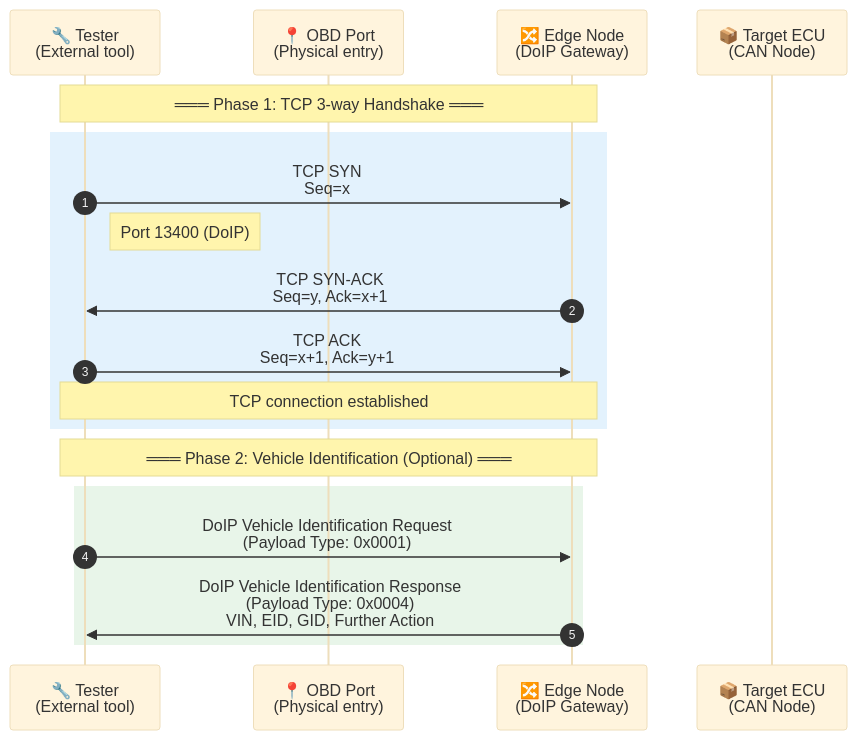
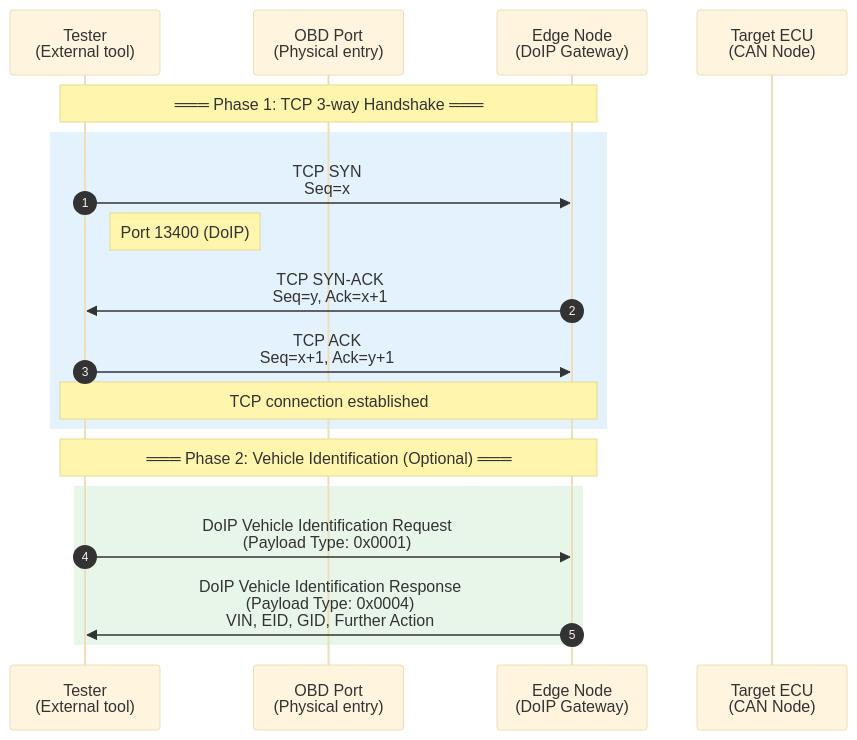
The third of 10 diagrams in docs/03_Software_Architecture/DoIP_Routing_Strategy.en.md (michaellinhq/automotive-develop-architecture), drawn with Mermaid (base theme) before and after one commit. The commit also changed other lines of this file and 7 other files, not shown here.

Commit message:
Harden Mermaid syntax in English docs

````diff
--- a/docs/03_Software_Architecture/DoIP_Routing_Strategy.en.md
+++ b/docs/03_Software_Architecture/DoIP_Routing_Strategy.en.md
@@ -112,28 +112,28 @@
 ```mermaid
 sequenceDiagram
     autonumber
-    participant Tester as 🔧 Tester<br/>(External tool)
-    participant OBD as 📍 OBD Port<br/>(Physical entry)
-    participant Edge as 🔀 Edge Node<br/>(DoIP Gateway)
-    participant Target as 📦 Target ECU<br/>(CAN Node)
+    participant Tester as  Tester<br/>(External tool)
+    participant OBD as  OBD Port<br/>(Physical entry)
+    participant Edge as  Edge Node<br/>(DoIP Gateway)
+    participant Target as  Target ECU<br/>(CAN Node)
 
     Note over Tester,Edge: ═══ Phase 1: TCP 3-way Handshake ═══
 
     rect rgb(227, 242, 253)
         Tester->>Edge: TCP SYN<br/>Seq=x
         Note right of Tester: Port 13400 (DoIP)
 
         Edge->>Tester: TCP SYN-ACK<br/>Seq=y, Ack=x+1
 
         Tester->>Edge: TCP ACK<br/>Seq=x+1, Ack=y+1
         Note over Tester,Edge: TCP connection established
     end
 
     Note over Tester,Edge: ═══ Phase 2: Vehicle Identification (Optional) ═══
 
     rect rgb(232, 245, 233)
         Tester->>Edge: DoIP Vehicle Identification Request<br/>(Payload Type: 0x0001)
 
         Edge->>Tester: DoIP Vehicle Identification Response<br/>(Payload Type: 0x0004)<br/>VIN, EID, GID, Further Action
     end
 ```
````
